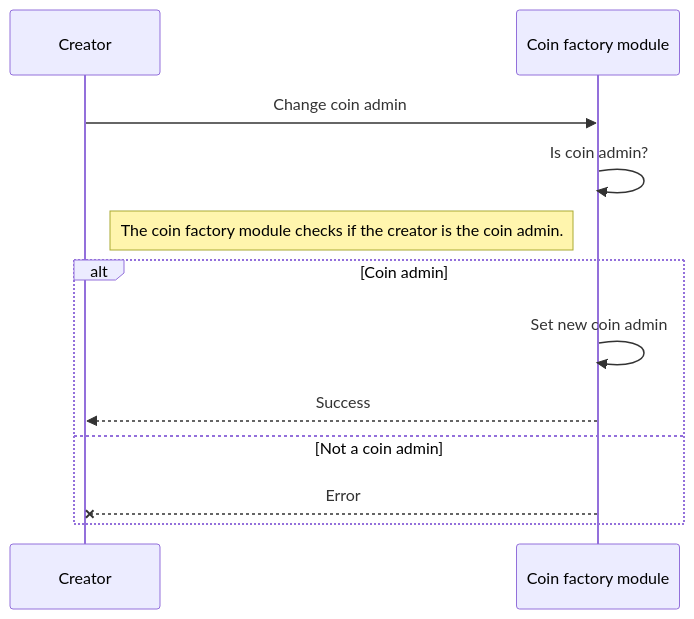
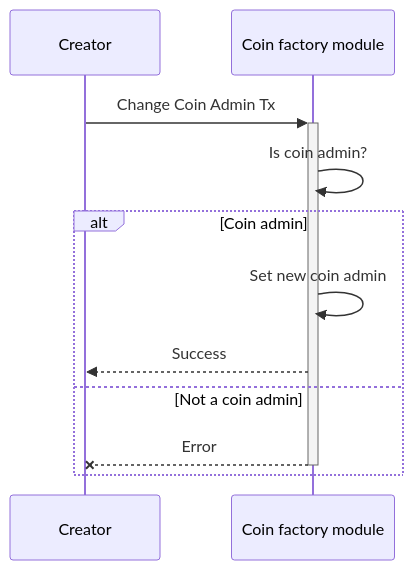
The fourth of 6 diagrams in x/coinfactory/spec/01_txs_flows.md (MANTRA-Chain/mantrachain), drawn with Mermaid before and after one commit. The commit also changed other lines of this file and 12 other files, not shown here.

Commit message:
docs: add update txs flows docs

````diff
--- a/x/coinfactory/spec/01_txs_flows.md
+++ b/x/coinfactory/spec/01_txs_flows.md
@@ -56,12 +53,11 @@
 ```mermaid
 sequenceDiagram
-Creator ->> Coin factory module: Change coin admin
+Creator->>+Coin factory module: Change Coin Admin Tx
 Coin factory module->>Coin factory module: Is coin admin?
-Note left of Coin factory module: The coin factory module checks if the creator is the coin admin.
 alt Coin admin
   Coin factory module->>Coin factory module: Set new coin admin
-  Coin factory module-->> Creator: Success
+  Coin factory module-->>Creator: Success
 else Not a coin admin
-  Coin factory module--x Creator: Error
+  Coin factory module--x-Creator: Error
 end
 ```
````
